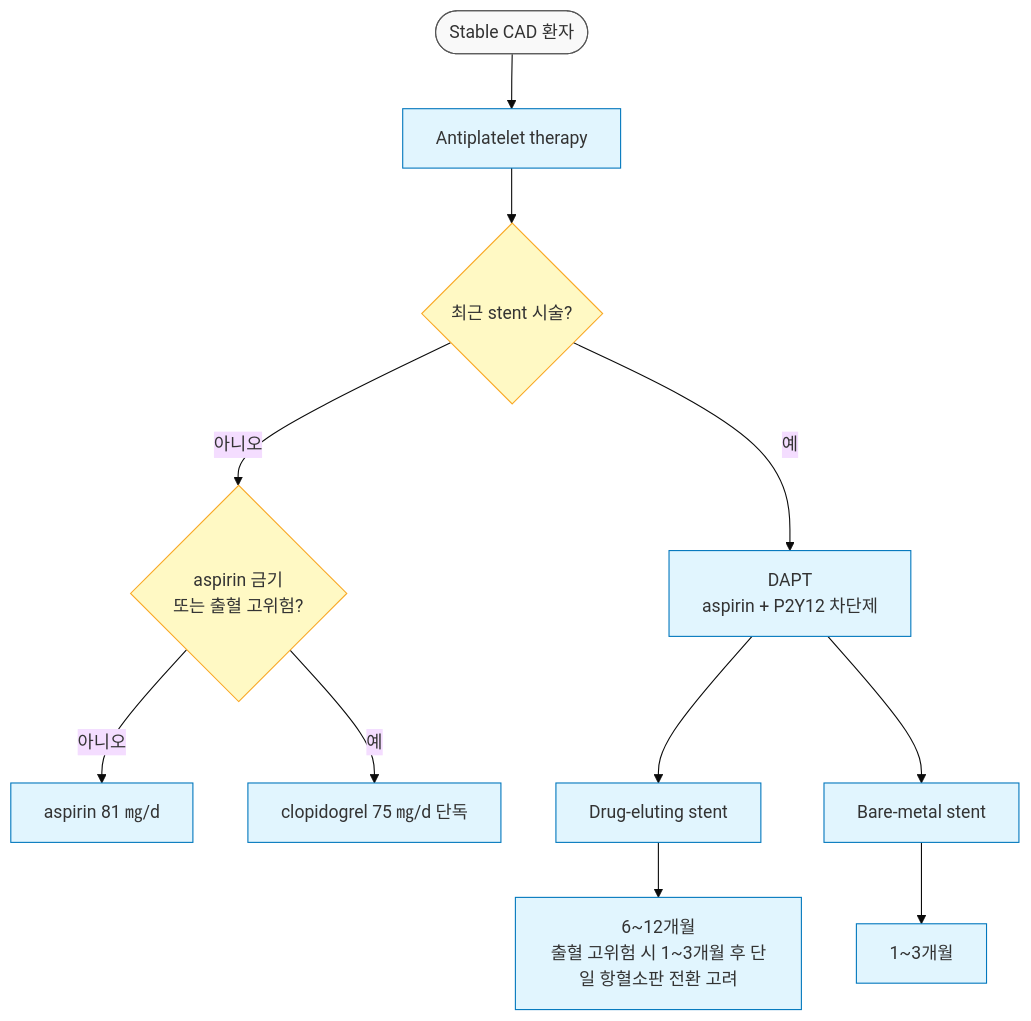
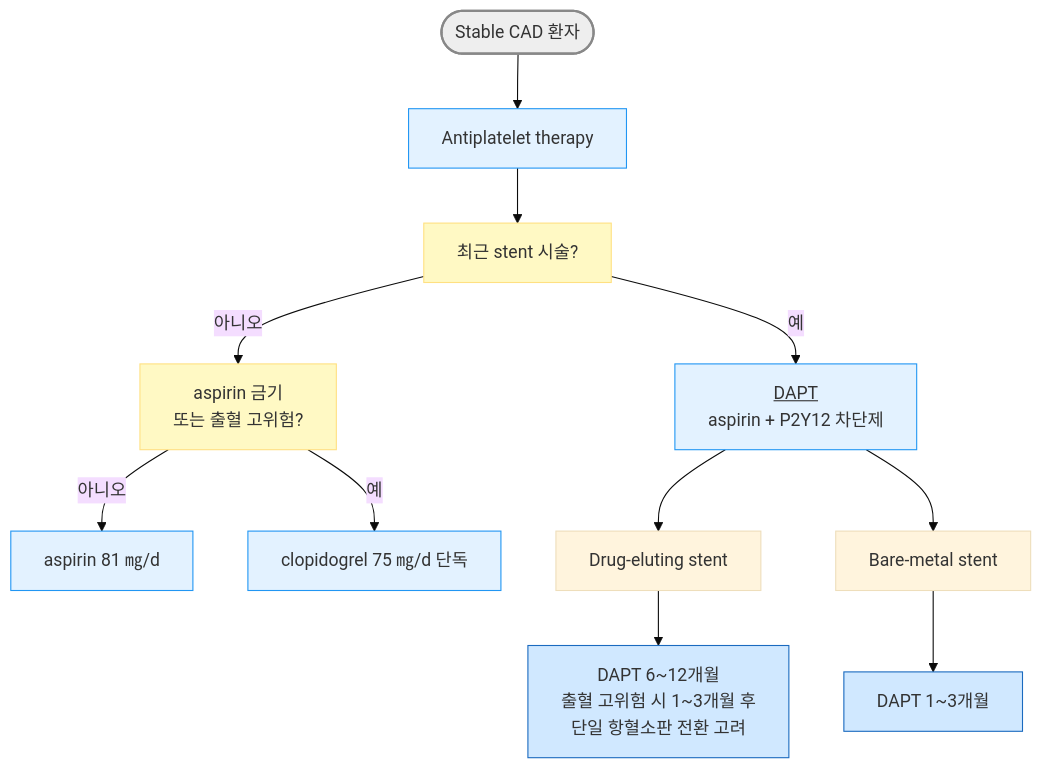
Before and after one commit to familyoh77/familyoh77: the second of 3 diagrams in 225_/097_-angina-pectoris.md, drawn with Mermaid (base theme). The commit also changed other lines of this file, not shown here.

````diff
--- a/225_/097_-angina-pectoris.md
+++ b/225_/097_-angina-pectoris.md
@@ -498,24 +498,21 @@
 ```mermaid
 graph TD
     A([Stable CAD 환자]) --> B[Antiplatelet therapy]
-    B --> C{최근 stent 시술?}
-
-    C -- 아니오 --> D{aspirin 금기\n또는 출혈 고위험?}
-    C -- 예 --> E[DAPT\naspirin + P2Y12 차단제]
-
+    B --> C[최근 stent 시술?]
+    C -- 아니오 --> D[aspirin 금기\n또는 출혈 고위험?]
+    C -- 예 --> E[<u>DAPT</u>\naspirin + P2Y12 차단제]
     D -- 아니오 --> F[aspirin 81 ㎎/d]
     D -- 예 --> G[clopidogrel 75 ㎎/d 단독]
-
     E --> H[Drug-eluting stent]
     E --> I[Bare-metal stent]
+    H --> J[DAPT 6~12개월\n출혈 고위험 시 1~3개월 후\n 단일 항혈소판 전환 고려]
+    I --> K[DAPT 1~3개월]
 
-    H --> J[6~12개월\n출혈 고위험 시 1~3개월 후 단일 항혈소판 전환 고려]
-    I --> K[1~3개월]
-
-    classDef decision fill:#fff9c4,stroke:#f9a825
-    classDef action fill:#e1f5fe,stroke:#0277bd
-    classDef start fill:#f9f9f9,stroke:#555
-    class C,D decision
-    class B,E,F,G,H,I,J,K action
-    class A start
+style A fill:#eeeeee,stroke:#888888,stroke-width:2px
+classDef yellow fill:#fff9c4,stroke:#ffe082
+class C,D yellow
+classDef sky fill:#e3f2ff,stroke:#2196f3
+class B,E,F,G sky
+classDef blue fill:#d0e8ff,stroke:#1a6abf
+class J,K blue
 ```
````
